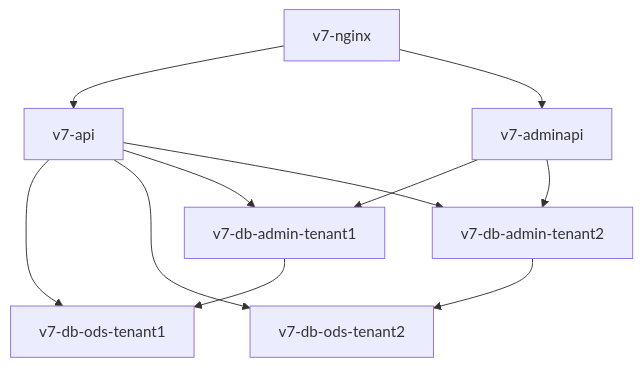
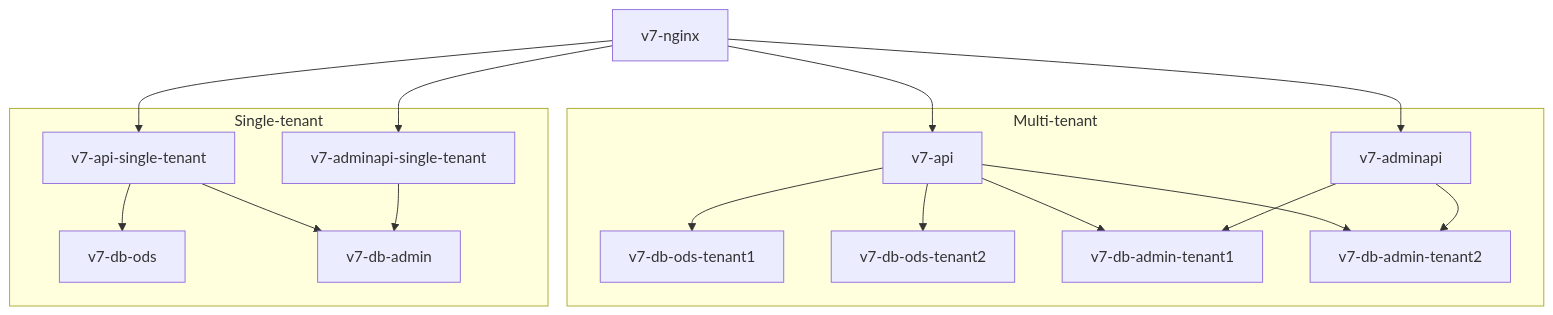
The second of 3 diagrams in compose/readme.md (CSR2017/Ed-Fi-AdminApp), drawn with Mermaid before and after one commit. The commit also changed other lines of this file and 17 other files, not shown here.

````diff
--- a/compose/readme.md
+++ b/compose/readme.md
@@ -26,15 +26,30 @@
 ```mermaid
 graph TD
-  v7-db-ods-tenant1
-  v7-db-ods-tenant2
-  v7-db-admin-tenant1 --> v7-db-ods-tenant1
-  v7-db-admin-tenant2 --> v7-db-ods-tenant2
-  v7-api --> v7-db-ods-tenant1
-  v7-api --> v7-db-ods-tenant2
-  v7-api --> v7-db-admin-tenant1
-  v7-api --> v7-db-admin-tenant2
-  v7-adminapi --> v7-db-admin-tenant1
-  v7-adminapi --> v7-db-admin-tenant2
+    subgraph Multi-tenant
+        v7-db-ods-tenant1
+        v7-db-ods-tenant2
+        v7-db-admin-tenant1
+        v7-db-admin-tenant2
+        v7-api --> v7-db-ods-tenant1
+        v7-api --> v7-db-ods-tenant2
+        v7-api --> v7-db-admin-tenant1
+        v7-api --> v7-db-admin-tenant2
+        v7-adminapi --> v7-db-admin-tenant1
+        v7-adminapi --> v7-db-admin-tenant2
+    end
+
+    subgraph Single-tenant
+        v7-db-ods
+        v7-db-admin
+        v7-api-single-tenant
+        v7-api-single-tenant --> v7-db-ods
+        v7-api-single-tenant --> v7-db-admin
+        v7-adminapi-single-tenant --> v7-db-admin
+    end
+
   v7-nginx --> v7-api
   v7-nginx --> v7-adminapi
+
+  v7-nginx --> v7-api-single-tenant
+  v7-nginx --> v7-adminapi-single-tenant
 ```
````
